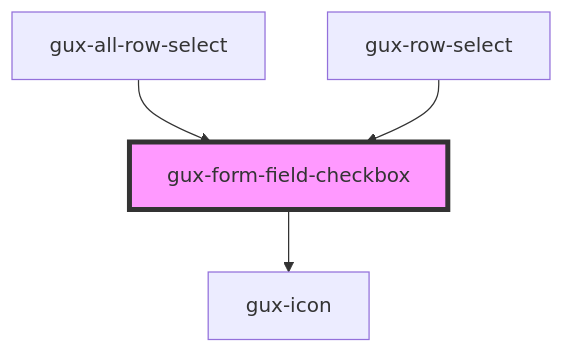
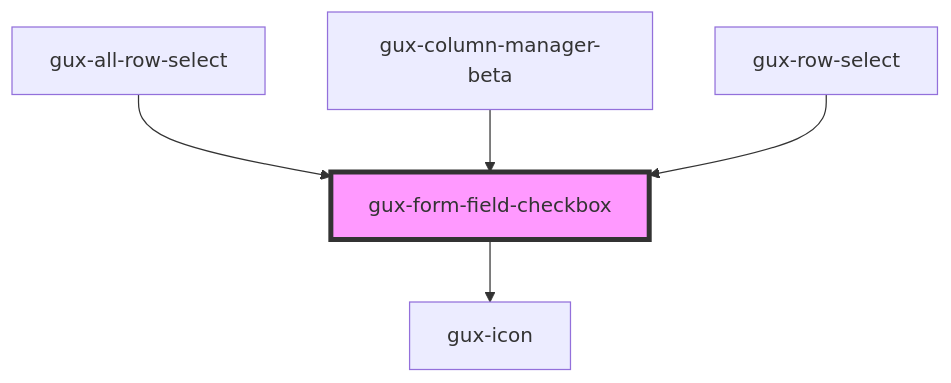
Before and after one commit to MyPureCloud/genesys-spark: the diagram in src/components/stable/gux-form-field/components/gux-form-field-checkbox/readme.md, drawn with Mermaid. The commit also changed other lines of this file and 18 other files, not shown here.

First line of the commit message:
feat(column-manager): added column manager component

````diff
--- a/src/components/stable/gux-form-field/components/gux-form-field-checkbox/readme.md
+++ b/src/components/stable/gux-form-field/components/gux-form-field-checkbox/readme.md
@@ -30,7 +31,8 @@
 ```mermaid
 graph TD;
   gux-form-field-checkbox --> gux-icon
   gux-all-row-select --> gux-form-field-checkbox
+  gux-column-manager-beta --> gux-form-field-checkbox
   gux-row-select --> gux-form-field-checkbox
   style gux-form-field-checkbox fill:#f9f,stroke:#333,stroke-width:4px
 ```
````
